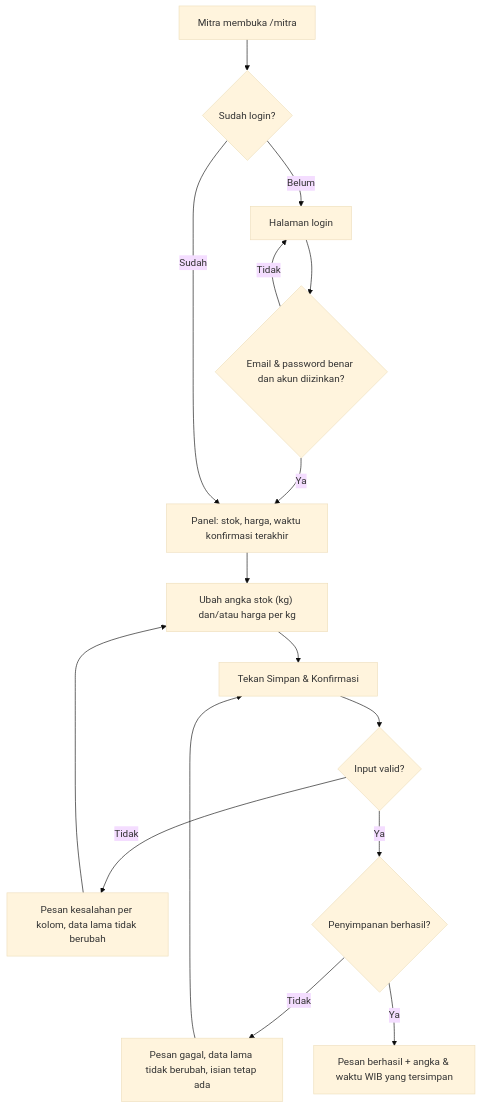
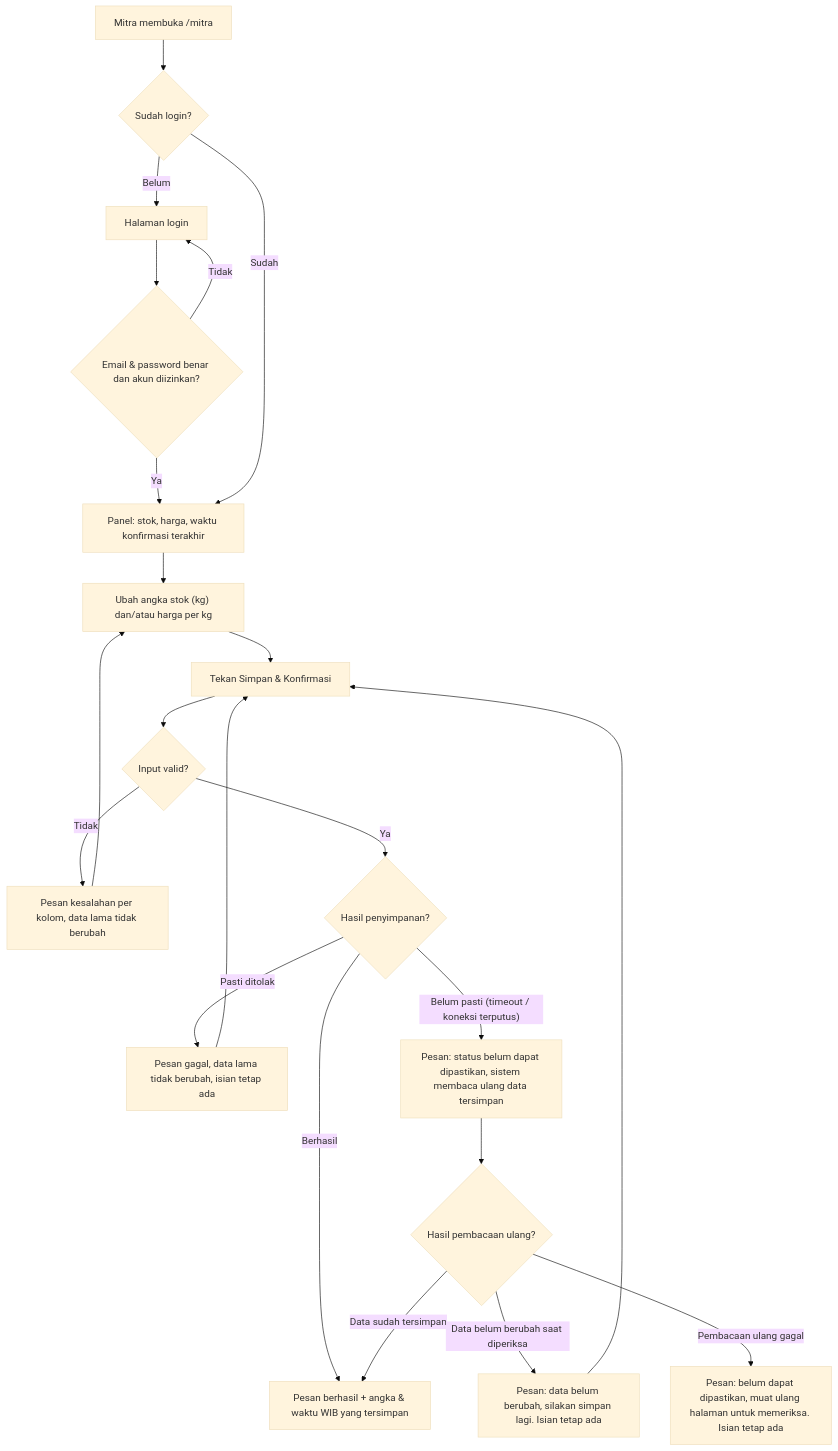
One commit to Jayflux/PasarNila changed the second of 2 diagrams in PRD.md. Above: the diagram before and after it, drawn with Mermaid (base theme). The commit also changed other lines of this file and 29 other files, not shown here.

````diff
--- a/PRD.md
+++ b/PRD.md
@@ -339,18 +339,24 @@
 ```mermaid
 flowchart TD
     A["Mitra membuka /mitra"] --> B{"Sudah login?"}
     B -- "Belum" --> C["Halaman login"]
     C --> D{"Email & password benar dan akun diizinkan?"}
     D -- "Tidak" --> C
     D -- "Ya" --> E["Panel: stok, harga, waktu konfirmasi terakhir"]
     B -- "Sudah" --> E
     E --> F["Ubah angka stok (kg) dan/atau harga per kg"]
     F --> G["Tekan Simpan & Konfirmasi"]
     G --> H{"Input valid?"}
     H -- "Tidak" --> I["Pesan kesalahan per kolom, data lama tidak berubah"]
     I --> F
-    H -- "Ya" --> J{"Penyimpanan berhasil?"}
-    J -- "Tidak" --> K["Pesan gagal, data lama tidak berubah, isian tetap ada"]
+    H -- "Ya" --> J{"Hasil penyimpanan?"}
+    J -- "Pasti ditolak" --> K["Pesan gagal, data lama tidak berubah, isian tetap ada"]
     K --> G
-    J -- "Ya" --> L["Pesan berhasil + angka & waktu WIB yang tersimpan"]
+    J -- "Berhasil" --> L["Pesan berhasil + angka & waktu WIB yang tersimpan"]
+    J -- "Belum pasti (timeout / koneksi terputus)" --> P["Pesan: status belum dapat dipastikan, sistem membaca ulang data tersimpan"]
+    P --> Q{"Hasil pembacaan ulang?"}
+    Q -- "Data sudah tersimpan" --> L
+    Q -- "Data belum berubah saat diperiksa" --> R["Pesan: data belum berubah, silakan simpan lagi. Isian tetap ada"]
+    R --> G
+    Q -- "Pembacaan ulang gagal" --> S["Pesan: belum dapat dipastikan, muat ulang halaman untuk memeriksa. Isian tetap ada"]
 ```
````
